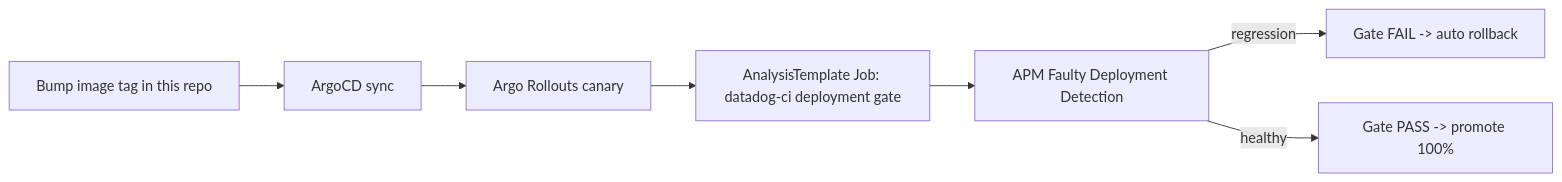
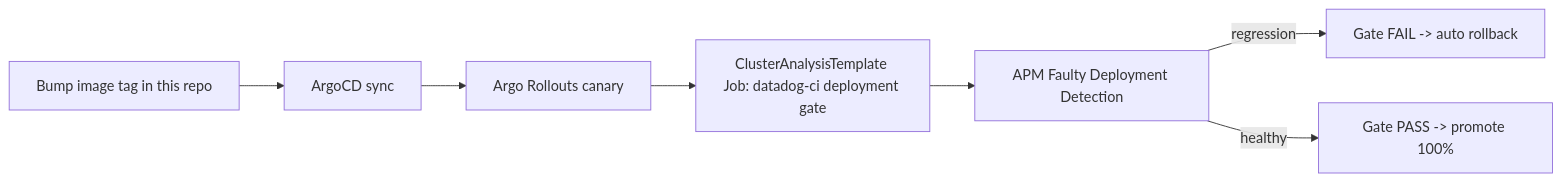
Before and after one commit to datadog-asean-se/storedog-infra: the diagram in README.md, drawn with Mermaid. The commit also changed other lines of this file and 5 other files, not shown here.

First line of the commit message:
Convert Deployment Gate to a ClusterAnalysisTemplate (JIT)

````diff
--- a/README.md
+++ b/README.md
@@ -11,9 +11,9 @@
 ```mermaid
 flowchart LR
   commit[Bump image tag in this repo] --> argocd[ArgoCD sync]
   argocd --> rollout[Argo Rollouts canary]
-  rollout --> gate[AnalysisTemplate Job: datadog-ci deployment gate]
+  rollout --> gate[ClusterAnalysisTemplate Job: datadog-ci deployment gate]
   gate --> fdd[APM Faulty Deployment Detection]
   fdd -->|regression| fail[Gate FAIL -> auto rollback]
   fdd -->|healthy| pass[Gate PASS -> promote 100%]
 ```
````
